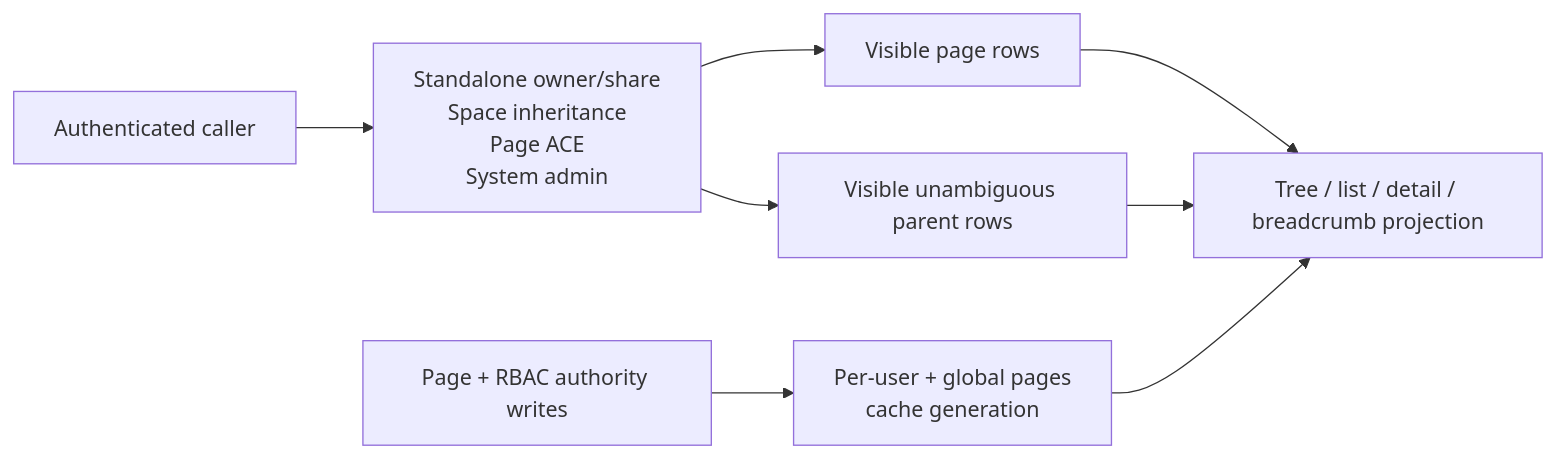
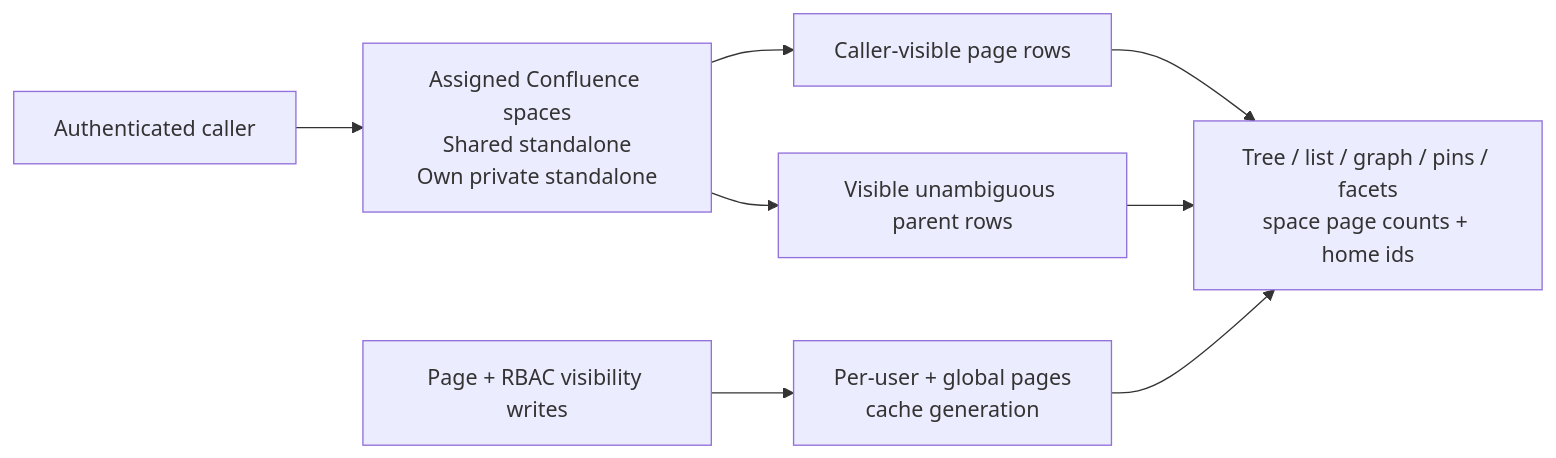
Before and after one commit to Compendiq/compendiq-ce: the fourth of 8 diagrams in docs/architecture/03-backend-domains.md, drawn with Mermaid. The commit also changed other lines of this file and 15 other files, not shown here.

````diff
--- a/docs/architecture/03-backend-domains.md
+++ b/docs/architecture/03-backend-domains.md
@@ -111,10 +111,10 @@
 ```mermaid
 flowchart LR
-    caller["Authenticated caller"] --> authority["Standalone owner/share<br/>Space inheritance<br/>Page ACE<br/>System admin"]
-    authority --> rows["Visible page rows"]
-    authority --> parents["Visible unambiguous parent rows"]
-    rows --> projection["Tree / list / detail / breadcrumb projection"]
+    caller["Authenticated caller"] --> visibility["Assigned Confluence spaces<br/>Shared standalone<br/>Own private standalone"]
+    visibility --> rows["Caller-visible page rows"]
+    visibility --> parents["Visible unambiguous parent rows"]
+    rows --> projection["Tree / list / graph / pins / facets<br/>space page counts + home ids"]
     parents --> projection
-    writes["Page + RBAC authority writes"] --> generation["Per-user + global pages<br/>cache generation"]
+    writes["Page + RBAC visibility writes"] --> generation["Per-user + global pages<br/>cache generation"]
     generation --> projection
 ```
````
